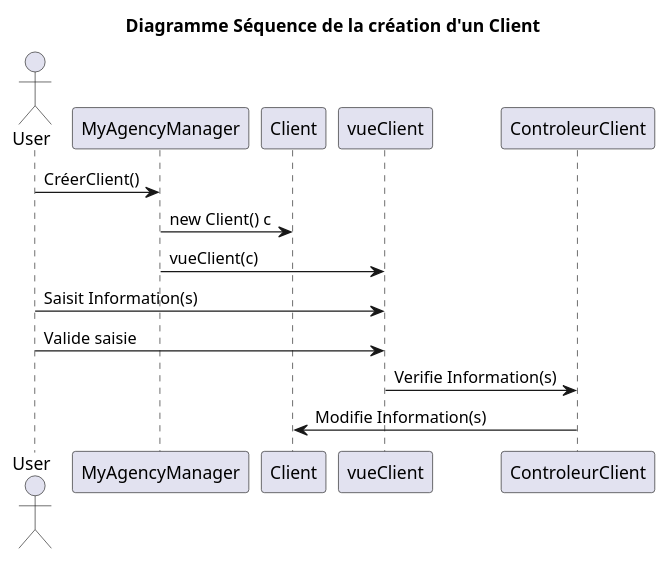
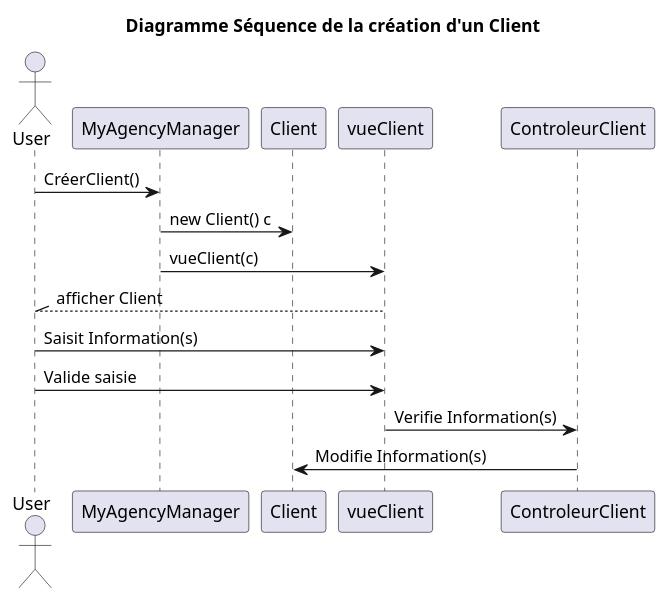
The diagram in DossierConception/SeqCreerClient.pu (Arnaud-Sibade-Tlse/ProjetUML_Miashs), drawn with PlantUML before and after one commit. The commit also changed 1 other file, not shown here.

Commit message:
SEQUENCE : Créer Client/Bien
rectif prob

```diff
--- a/DossierConception/SeqCreerClient.pu
+++ b/DossierConception/SeqCreerClient.pu
@@ -1,17 +1,19 @@
 @startuml
 
 title Diagramme Séquence de la création d'un Client
 
 actor User as U
 U -> MyAgencyManager :CréerClient()
 
 MyAgencyManager -> Client :new Client() c
 
 MyAgencyManager -> vueClient : vueClient(c)
 
+U //-- vueClient :afficher Client
+
 U -> vueClient :Saisit Information(s)
 U -> vueClient :Valide saisie
 
 vueClient -> ControleurClient :Verifie Information(s)
 ControleurClient -> Client :Modifie Information(s)
 @enduml
```
